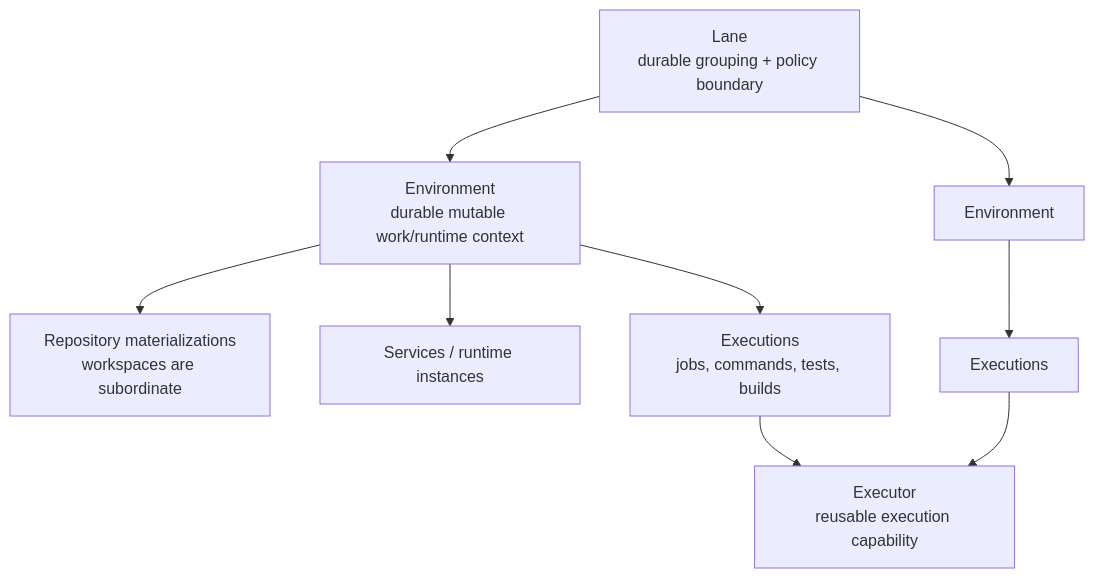
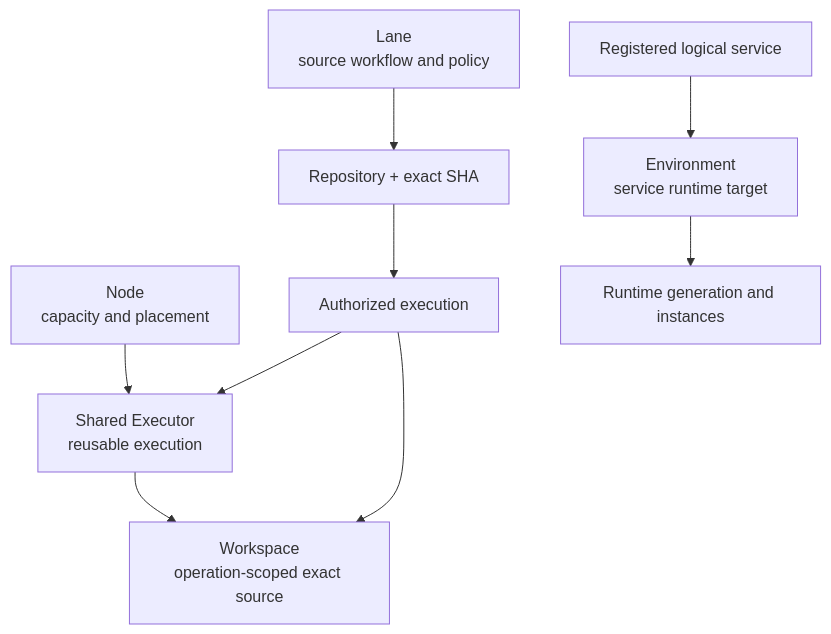
Before and after one commit to TavallStudios/tavall-docs: the diagram in notion/TAVALL_CLOUD_LANES_ENVIRONMENTS_AND_EXECUTORS.md, drawn with Mermaid. The commit also changed other lines of this file and 9 other files, not shown here.

Commit message:
docs: restore service-only Cloud Environment policy

````diff
--- a/notion/TAVALL_CLOUD_LANES_ENVIRONMENTS_AND_EXECUTORS.md
+++ b/notion/TAVALL_CLOUD_LANES_ENVIRONMENTS_AND_EXECUTORS.md
@@ -17,11 +23,11 @@
 ```mermaid
 flowchart TD
-    L["Lane<br>durable grouping + policy boundary"] --> E1["Environment<br>durable mutable work/runtime context"]
-    L --> E2["Environment"]
-    E1 --> R["Repository materializations<br>workspaces are subordinate"]
-    E1 --> S["Services / runtime instances"]
-    E1 --> X["Executions<br>jobs, commands, tests, builds"]
-    X --> EX["Executor<br>reusable execution capability"]
-    E2 --> X2["Executions"]
-    X2 --> EX
+    N["Node<br>capacity and placement"] --> EX["Shared Executor<br>reusable execution"]
+    L["Lane<br>source workflow and policy"] --> R["Repository + exact SHA"]
+    R --> X["Authorized execution"]
+    X --> W["Workspace<br>operation-scoped exact source"]
+    X --> EX
+    S["Registered logical service"] --> E["Environment<br>service runtime target"]
+    E --> RT["Runtime generation and instances"]
+    EX --> W
 ```
````
